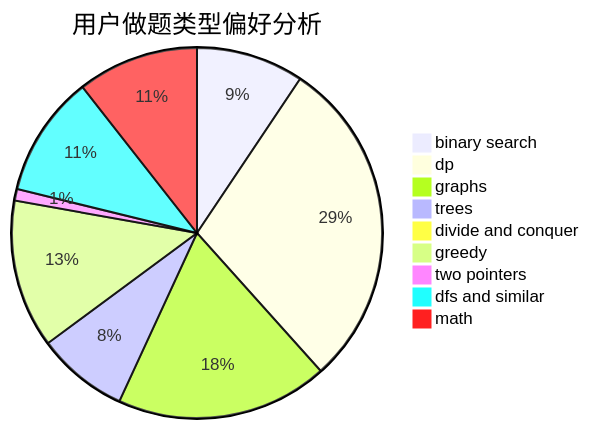
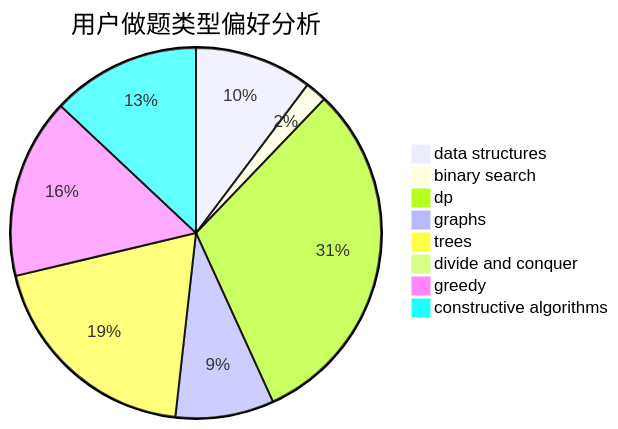
The second of 3 diagrams in docs/user/u2518.md (sherpahu/cfrs.github.io), drawn with Mermaid before and after one commit. The commit also changed other lines of this file and 2775 other files, not shown here.

````diff
--- a/docs/user/u2518.md
+++ b/docs/user/u2518.md
@@ -23,12 +23,11 @@
 ```mermaid
 pie title 用户做题类型偏好分析
-    "binary search" :  148
-    "dp" :  457
-    "graphs" :  292
-    "trees" :  126
-    "divide and conquer" :  6
-    "greedy" :  204
-    "two pointers" :  16
-    "dfs and similar" :  167
-    "math" :  167
+    "data structures" :  49
+    "binary search" :  9
+    "dp" :  148
+    "graphs" :  41
+    "trees" :  93
+    "divide and conquer" :  0
+    "greedy" :  75
+    "constructive algorithms" :  62
 ```
````
